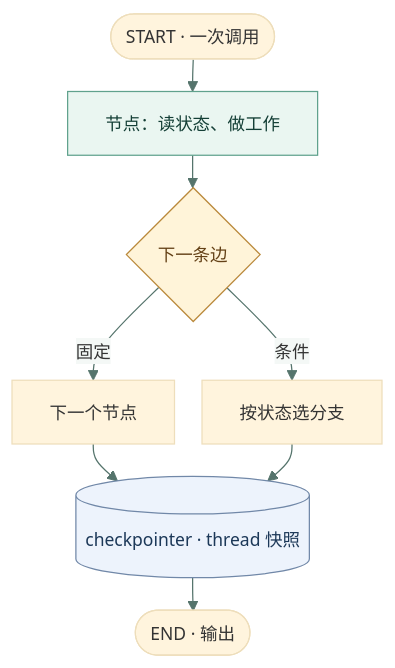
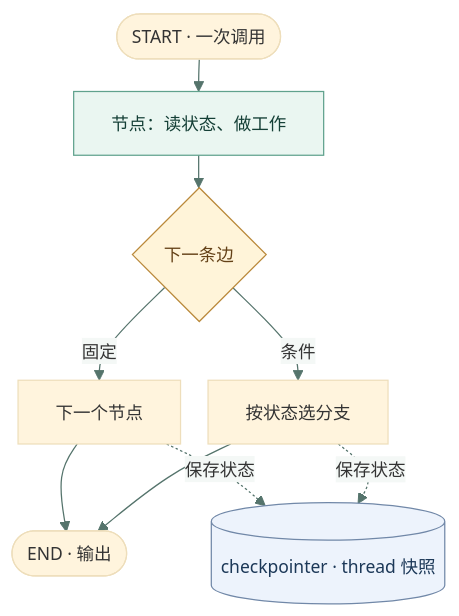
One commit to wenmo-yu/careerlens changed the first of 2 diagrams in tutorials/00-foundations/00-5-LangGraph与工作流.md. Above: the diagram before and after it, drawn with Mermaid. The commit also changed other lines of this file and 19 other files, not shown here.

````diff
--- a/tutorials/00-foundations/00-5-LangGraph与工作流.md
+++ b/tutorials/00-foundations/00-5-LangGraph与工作流.md
@@ -23,16 +23,17 @@
 ```mermaid
 %%{init: {"theme":"base","themeVariables":{"fontFamily":"system-ui, sans-serif","fontSize":"14px","lineColor":"#55746c","edgeLabelBackground":"#f4f8f6"},"flowchart":{"nodeSpacing":22,"rankSpacing":26,"curve":"basis"}}}%%
 flowchart TB
     accTitle: 图的核心零件如何协作
     accDescr: 状态在节点之间流动；节点返回部分更新；固定边和条件边决定下一步；checkpointer 按 thread_id 保存快照以支持续跑。
     S(["START · 一次调用"]) --> N1["节点：读状态、做工作"]
     N1 --> SE{"下一条边"}
     SE -->|固定| N2["下一个节点"]
     SE -->|条件| N3["按状态选分支"]
-    N2 --> CP[("checkpointer · thread 快照")]
-    N3 --> CP
-    CP --> E(["END · 输出"])
+    N2 --> E(["END · 输出"])
+    N3 --> E
+    N2 -.保存状态.-> CP[("checkpointer · thread 快照")]
+    N3 -.保存状态.-> CP
     style N1 fill:#eaf6f1,stroke:#60a28d,color:#143f36
     style SE fill:#fff4d9,stroke:#ba893b,color:#644117
     style CP fill:#edf3fc,stroke:#7188a8,color:#1c3858
 ```
````
